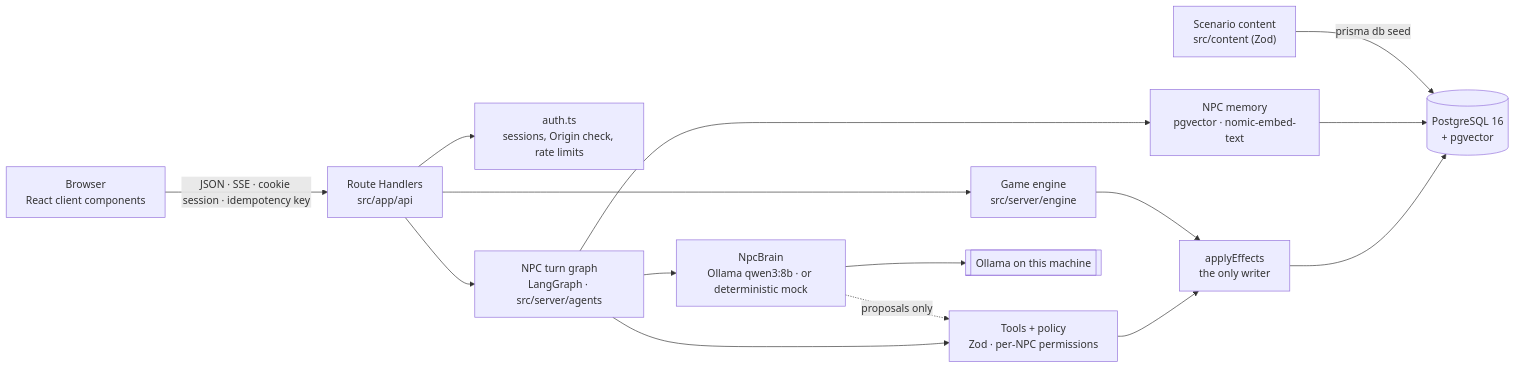
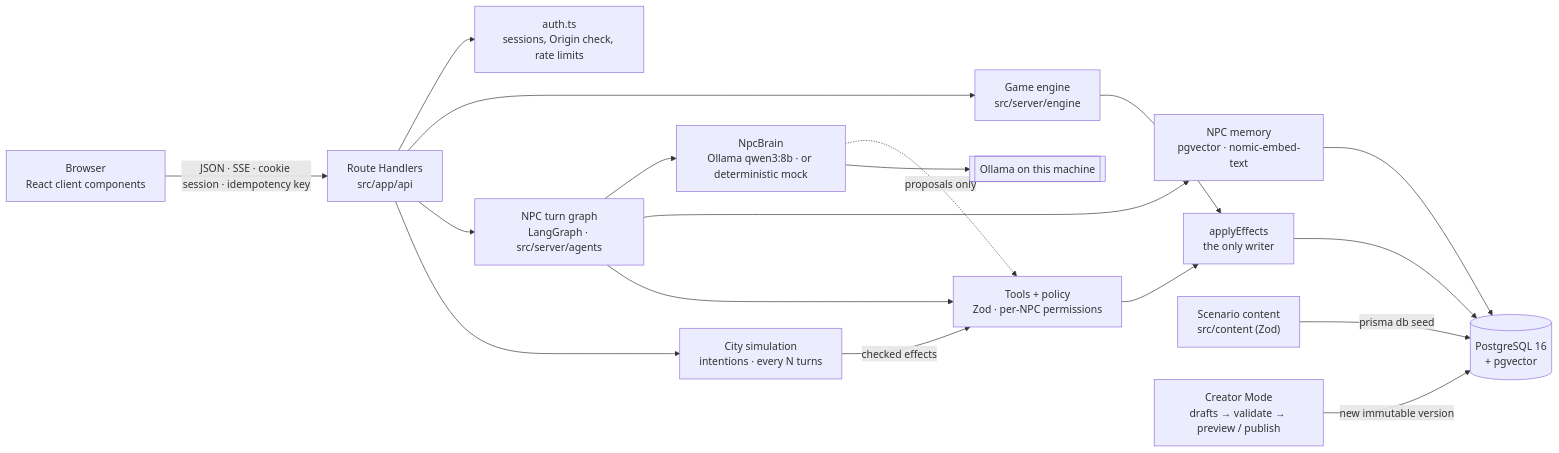
Before and after one commit to InviXtaHydra/promptcraft: the diagram in docs/ARCHITECTURE.md, drawn with Mermaid. The commit also changed other lines of this file and 17 other files, not shown here.

````diff
--- a/docs/ARCHITECTURE.md
+++ b/docs/ARCHITECTURE.md
@@ -6,17 +6,20 @@
 ```mermaid
 flowchart LR
     Browser["Browser<br/>React client components"] -->|"JSON · SSE · cookie session · idempotency key"| API["Route Handlers<br/>src/app/api"]
     API --> Auth["auth.ts<br/>sessions, Origin check, rate limits"]
     API --> Engine["Game engine<br/>src/server/engine"]
     API --> Graph["NPC turn graph<br/>LangGraph · src/server/agents"]
     Graph --> Brain["NpcBrain<br/>Ollama qwen3:8b · or deterministic mock"]
     Graph --> Memory["NPC memory<br/>pgvector · nomic-embed-text"]
     Graph --> Tools["Tools + policy<br/>Zod · per-NPC permissions"]
     Brain -.->|"proposals only"| Tools
     Tools --> Apply["applyEffects<br/>the only writer"]
     Engine --> Apply
     Apply --> DB[("PostgreSQL 16<br/>+ pgvector")]
     Memory --> DB
     Brain --> Ollama[["Ollama on this machine"]]
+    Sim["City simulation<br/>intentions · every N turns"] -->|"checked effects"| Tools
+    API --> Sim
     Content["Scenario content<br/>src/content (Zod)"] -->|"prisma db seed"| DB
+    Creator["Creator Mode<br/>drafts → validate → preview / publish"] -->|"new immutable version"| DB
 ```
````
